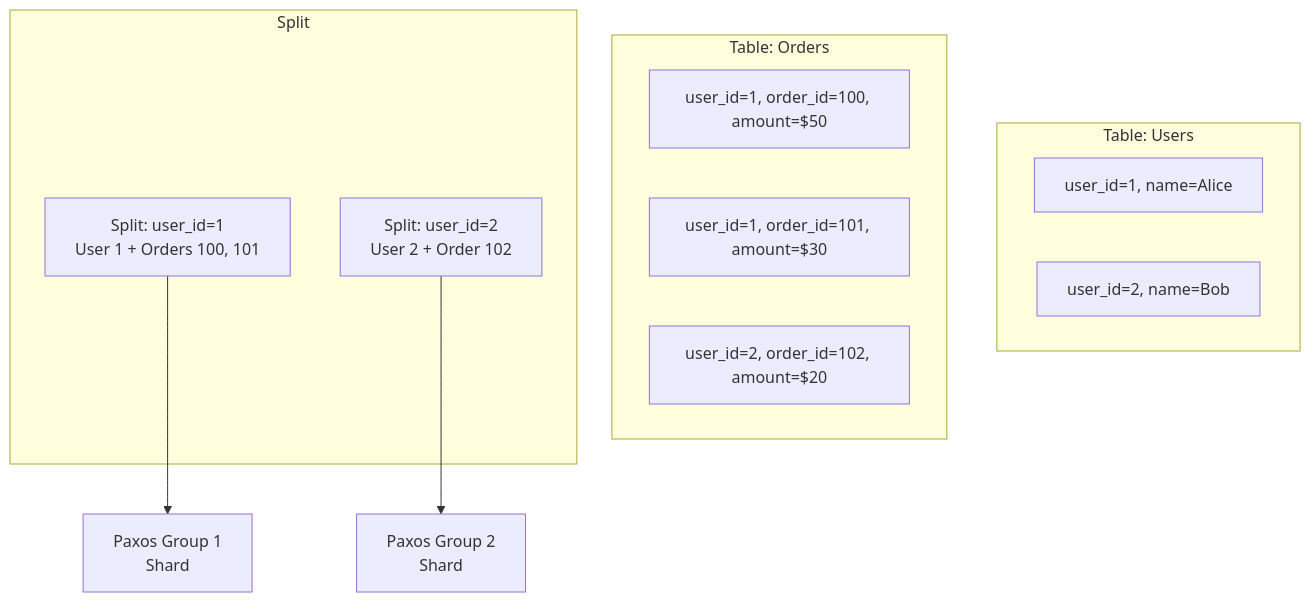
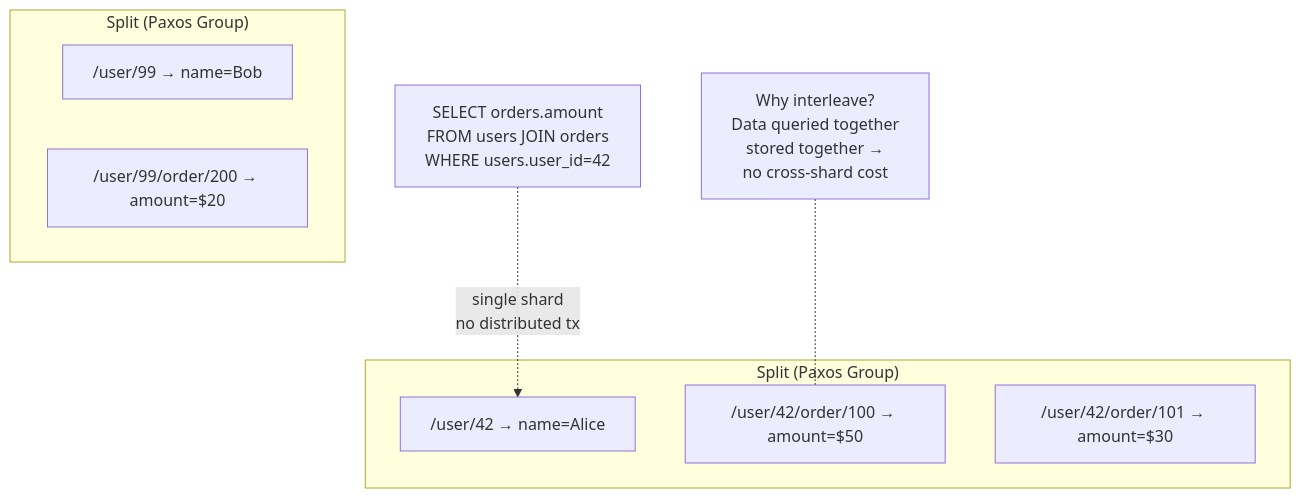
One commit to Chandra179/gitbook changed the first of 3 diagrams in database/deep-dives/spanner.md. Above: the diagram before and after it, drawn with Mermaid. The commit also changed other lines of this file and 7 other files, not shown here.

````diff
--- a/database/deep-dives/spanner.md
+++ b/database/deep-dives/spanner.md
@@ -55,18 +28,14 @@
 ```mermaid
-graph TD
-    subgraph "Table: Users"
-        U1[user_id=1, name=Alice]
-        U2[user_id=2, name=Bob]
+flowchart TD
+    subgraph "Split (Paxos Group)"
+        U["/user/42 → name=Alice"]
+        O1["/user/42/order/100 → amount=$50"]
+        O2["/user/42/order/101 → amount=$30"]
     end
-    subgraph "Table: Orders"
-        O1[user_id=1, order_id=100, amount=$50]
-        O2[user_id=1, order_id=101, amount=$30]
-        O3[user_id=2, order_id=102, amount=$20]
+    subgraph "Split (Paxos Group)"
+        U2["/user/99 → name=Bob"]
+        O3["/user/99/order/200 → amount=$20"]
     end
-    subgraph "Split"
-        D1[Split: user_id=1<br/>User 1 + Orders 100, 101]
-        D2[Split: user_id=2<br/>User 2 + Order 102]
-    end
-    D1 --> P1[Paxos Group 1<br/>Shard]
-    D2 --> P2[Paxos Group 2<br/>Shard]
+    Q["SELECT orders.amount<br/>FROM users JOIN orders<br/>WHERE users.user_id=42"] -.->|"single shard<br/>no distributed tx"| U
+    W["Why interleave?<br/>Data queried together<br/>stored together →<br/>no cross-shard cost"] -.- O1
 ```
````
